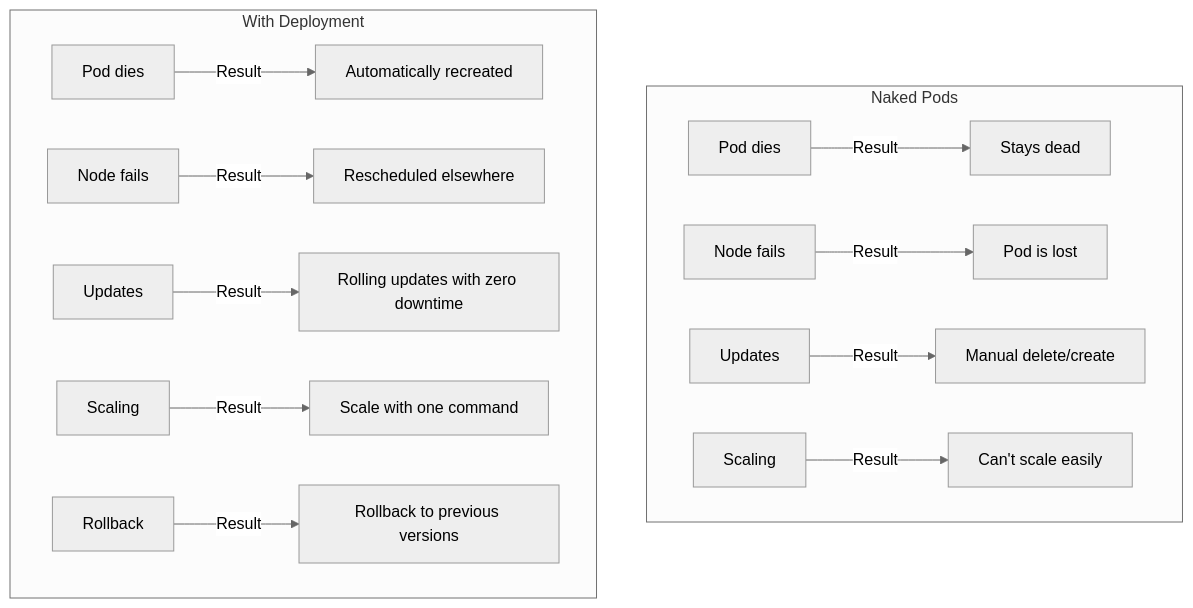
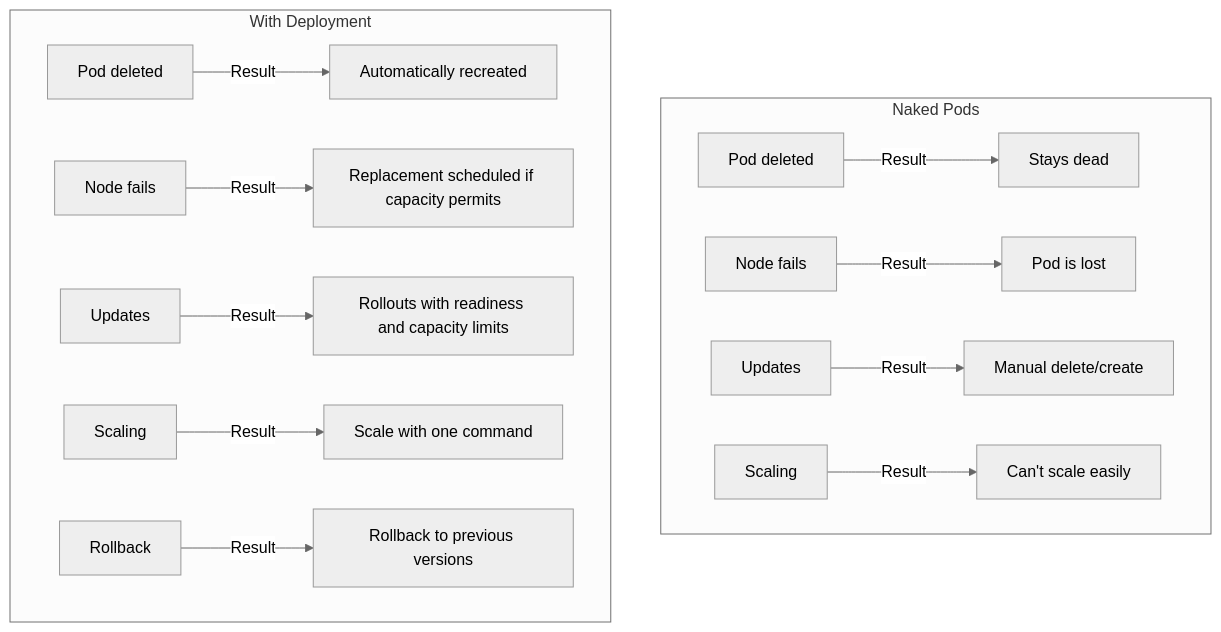
The first of 3 diagrams in src/content/docs/prerequisites/kubernetes-basics/module-1.4-deployments.md (kube-dojo/kube-dojo.github.io), drawn with Mermaid (neutral theme) before and after one commit. The commit also changed other lines of this file and 3 other files, not shown here.

````diff
--- a/src/content/docs/prerequisites/kubernetes-basics/module-1.4-deployments.md
+++ b/src/content/docs/prerequisites/kubernetes-basics/module-1.4-deployments.md
@@ -47,16 +47,16 @@
 ```mermaid
 graph TD
     subgraph Naked Pods
-        NP1[Pod dies] -->|Result| NP2[Stays dead]
+        NP1[Pod deleted] -->|Result| NP2[Stays dead]
         NP3[Node fails] -->|Result| NP4[Pod is lost]
         NP5[Updates] -->|Result| NP6[Manual delete/create]
         NP7[Scaling] -->|Result| NP8[Can't scale easily]
     end
     subgraph With Deployment
-        D1[Pod dies] -->|Result| D2[Automatically recreated]
-        D3[Node fails] -->|Result| D4[Rescheduled elsewhere]
-        D5[Updates] -->|Result| D6[Rolling updates with zero downtime]
+        D1[Pod deleted] -->|Result| D2[Automatically recreated]
+        D3[Node fails] -->|Result| D4[Replacement scheduled if capacity permits]
+        D5[Updates] -->|Result| D6[Rollouts with readiness and capacity limits]
         D7[Scaling] -->|Result| D8[Scale with one command]
         D9[Rollback] -->|Result| D10[Rollback to previous versions]
     end
 ```
````
